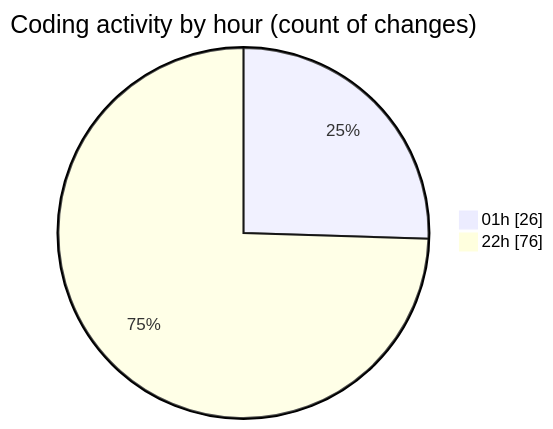
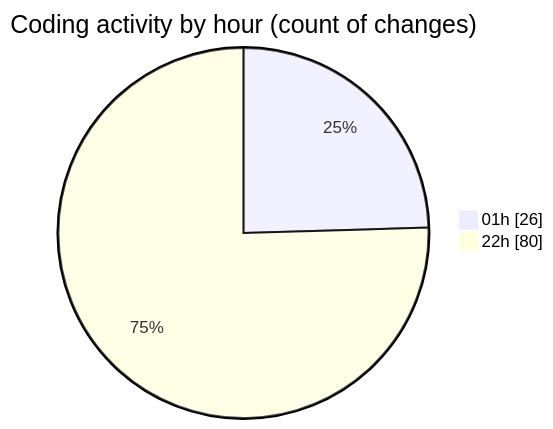
The second of 2 diagrams in 2025-01-28/0starter_files/README.md (Ritupan-Deka/code-tracking), drawn with Mermaid before and after one commit. The commit also changed other lines of this file and 1 other file, not shown here.

````diff
--- a/2025-01-28/0starter_files/README.md
+++ b/2025-01-28/0starter_files/README.md
@@ -28,6 +28,6 @@
 ```mermaid
 pie showData
 title Coding activity by hour (count of changes)
 "01h" : 26
-"22h" : 76
+"22h" : 80
 ```
````
